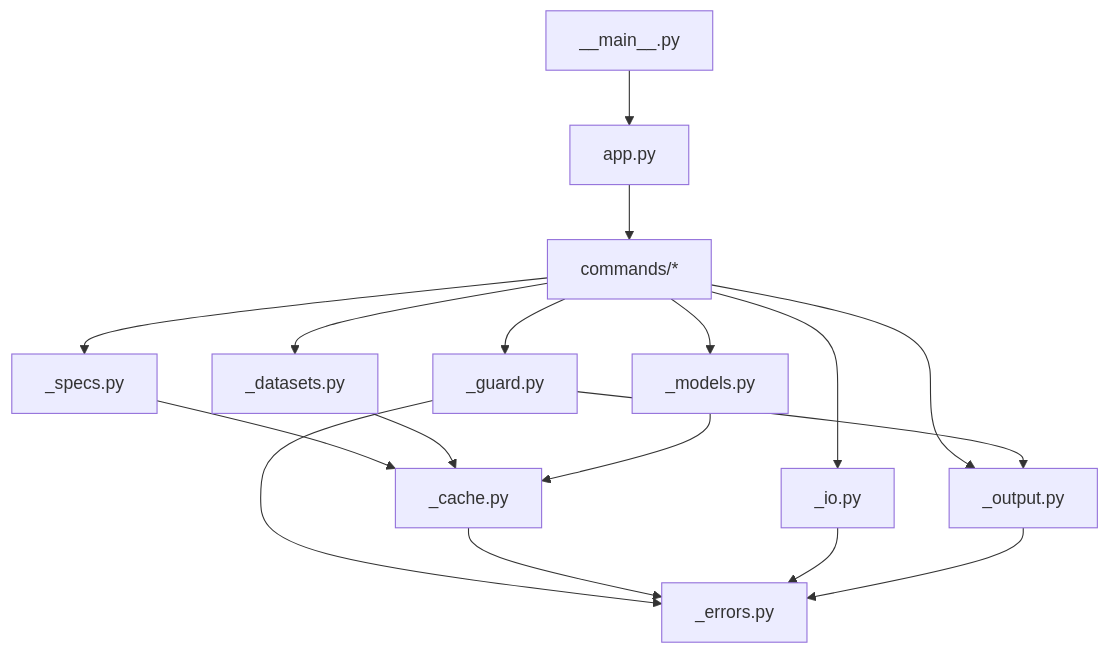
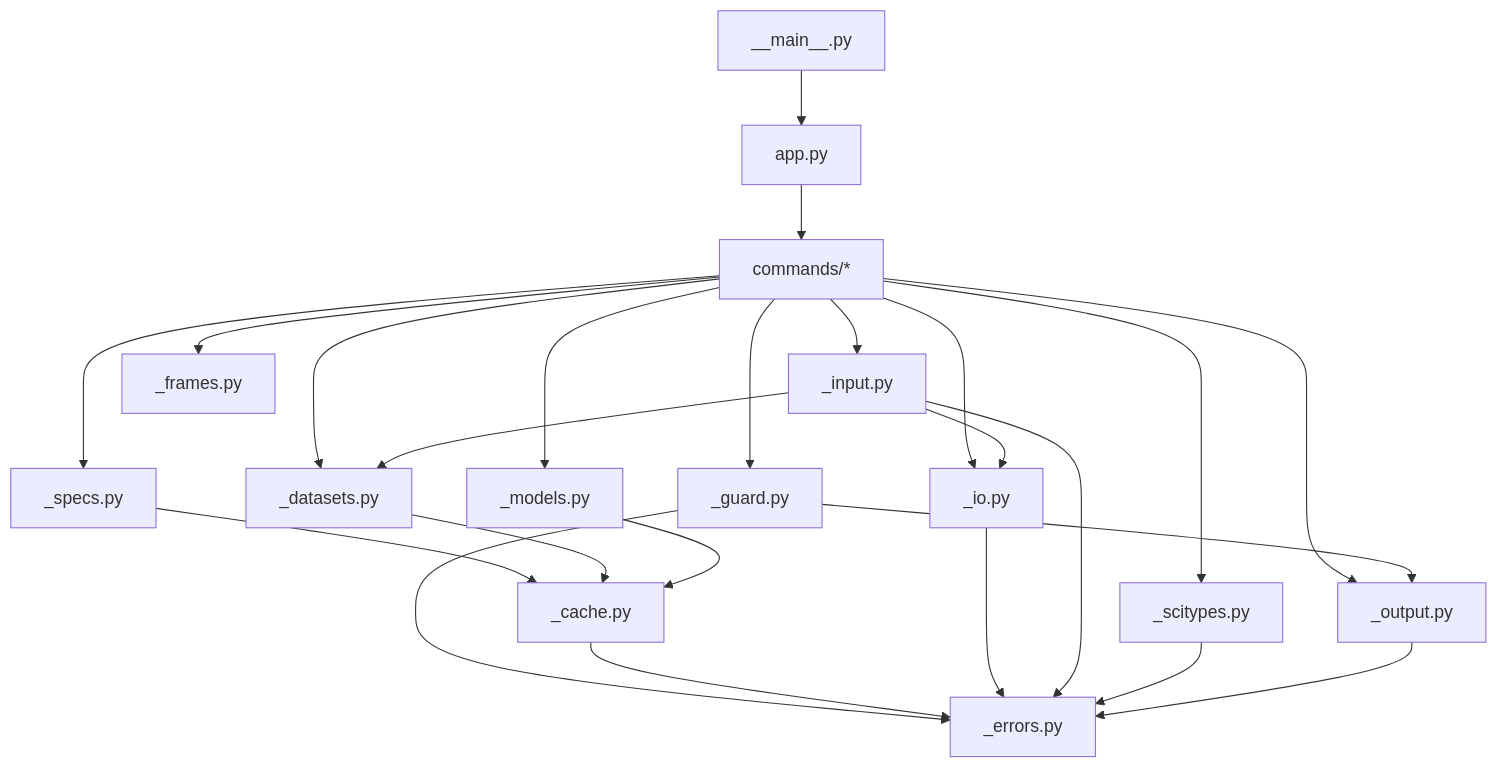
One commit to siddharth7113/sktime-cli changed the diagram in docs/contributing/architecture.md. Above: the diagram before and after it, drawn with Mermaid. The commit also changed other lines of this file, not shown here.

First line of the commit message:
docs: bring the architecture page back in line with the source tree

````diff
--- a/docs/contributing/architecture.md
+++ b/docs/contributing/architecture.md
@@ -44,19 +51,26 @@
 ```mermaid
 graph TD
     MAIN["__main__.py"] --> APP["app.py"]
     APP --> CMD["commands/*"]
     CMD --> GUARD["_guard.py"]
     CMD --> SPECS["_specs.py"]
+    CMD --> SCI["_scitypes.py"]
+    CMD --> INPUT["_input.py"]
+    CMD --> FRAMES["_frames.py"]
     CMD --> IO["_io.py"]
     CMD --> DS["_datasets.py"]
     CMD --> MODELS["_models.py"]
+    INPUT --> IO
+    INPUT --> DS
     SPECS --> CACHE["_cache.py"]
     DS --> CACHE
     MODELS --> CACHE
     CMD --> OUT["_output.py"]
     GUARD --> OUT
     GUARD --> ERR["_errors.py"]
     CACHE --> ERR
     IO --> ERR
+    INPUT --> ERR
+    SCI --> ERR
     OUT --> ERR
 ```
````
